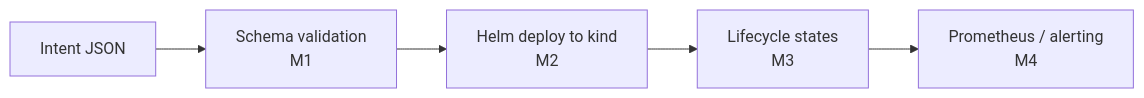
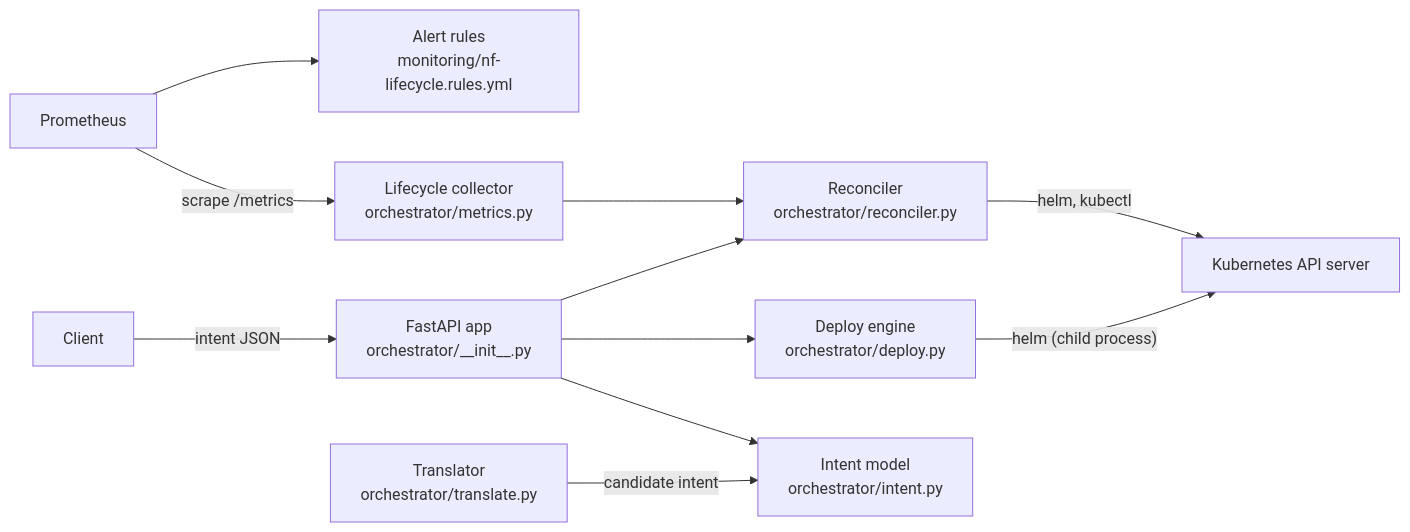
One commit to poggymacello/nf-orchestrator changed the first of 2 diagrams in docs/design/architecture.md. Above: the diagram before and after it, drawn with Mermaid. The commit also changed other lines of this file and 7 other files, not shown here.

````diff
--- a/docs/design/architecture.md
+++ b/docs/design/architecture.md
@@ -6,7 +10,13 @@
 ```mermaid
 flowchart LR
-    A["Intent JSON"] --> B["Schema validation<br/>M1"]
-    B --> C["Helm deploy to kind<br/>M2"]
-    C --> D["Lifecycle states<br/>M3"]
-    D --> E["Prometheus / alerting<br/>M4"]
+    C["Client"] -->|"intent JSON"| API["FastAPI app<br/>orchestrator/__init__.py"]
+    API --> V["Intent model<br/>orchestrator/intent.py"]
+    API --> D["Deploy engine<br/>orchestrator/deploy.py"]
+    API --> R["Reconciler<br/>orchestrator/reconciler.py"]
+    D -->|"helm (child process)"| K["Kubernetes API server"]
+    R -->|"helm, kubectl"| K
+    P["Prometheus"] -->|"scrape /metrics"| M["Lifecycle collector<br/>orchestrator/metrics.py"]
+    M --> R
+    P --> AR["Alert rules<br/>monitoring/nf-lifecycle.rules.yml"]
+    T["Translator<br/>orchestrator/translate.py"] -->|"candidate intent"| V
 ```
````
